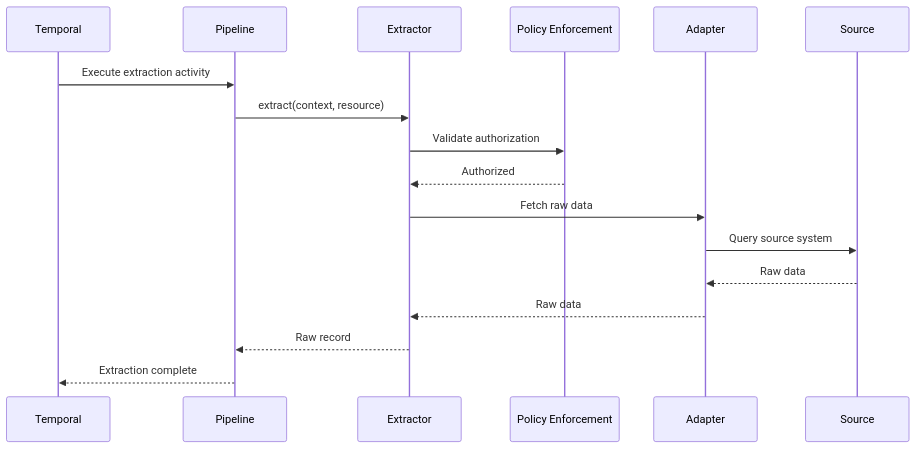
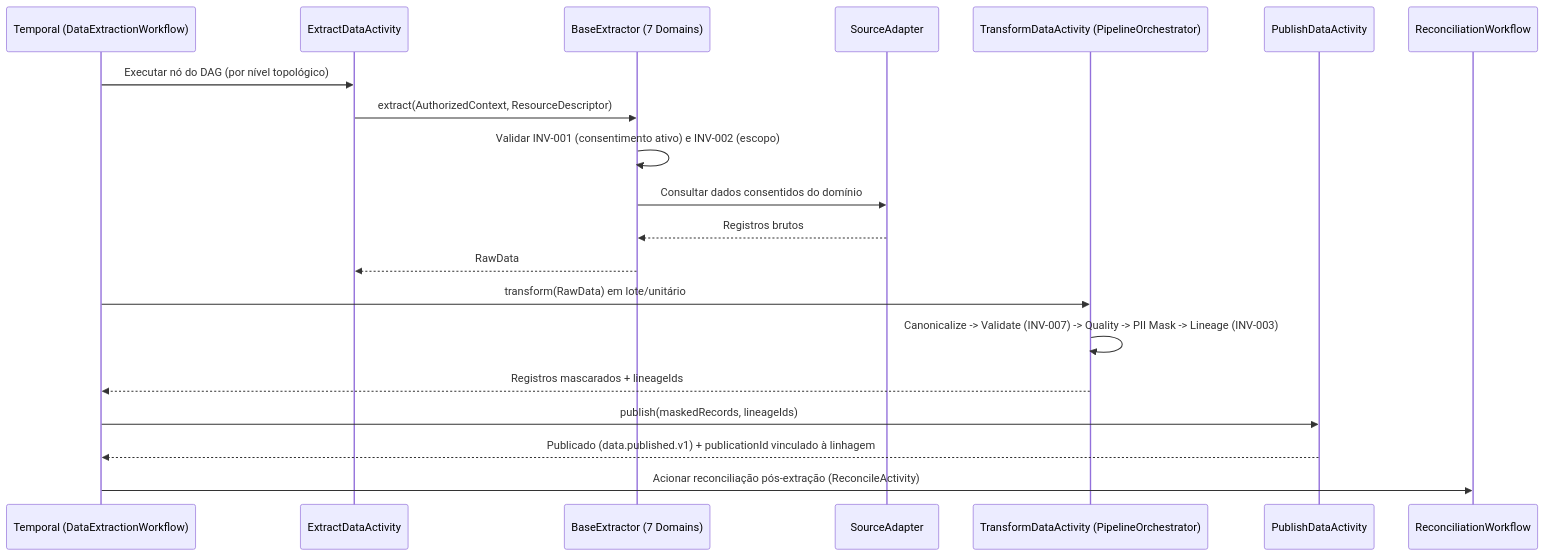
The diagram in architecture/diagrams/extraction-flow.mmd (aurix-core-banking/aurix-openfinance), drawn with Mermaid before and after one commit. The commit also changed 14 other files, not shown here.

Commit message:
feat(openfinance): granular sub-resources (saldos, parcelas_emprestimo, transacoes) and updated architecture diagrams (Closes #17, Closes #18) (#19)

```diff
--- a/architecture/diagrams/extraction-flow.mmd
+++ b/architecture/diagrams/extraction-flow.mmd
@@ -1,18 +1,21 @@
 sequenceDiagram
-    participant Temporal
-    participant Pipeline
-    participant Extractor
-    participant Policy as Policy Enforcement
-    participant Adapter
-    participant Source
+    participant Temporal as Temporal (DataExtractionWorkflow)
+    participant Extract as ExtractDataActivity
+    participant Extractor as BaseExtractor (7 Domains)
+    participant Adapter as SourceAdapter
+    participant Transform as TransformDataActivity (PipelineOrchestrator)
+    participant Publish as PublishDataActivity
+    participant Recon as ReconciliationWorkflow
 
-    Temporal->>Pipeline: Execute extraction activity
-    Pipeline->>Extractor: extract(context, resource)
-    Extractor->>Policy: Validate authorization
-    Policy-->>Extractor: Authorized
-    Extractor->>Adapter: Fetch raw data
-    Adapter->>Source: Query source system
-    Source-->>Adapter: Raw data
-    Adapter-->>Extractor: Raw data
-    Extractor-->>Pipeline: Raw record
-    Pipeline-->>Temporal: Extraction complete
+    Temporal->>Extract: Executar nó do DAG (por nível topológico)
+    Extract->>Extractor: extract(AuthorizedContext, ResourceDescriptor)
+    Extractor->>Extractor: Validar INV-001 (consentimento ativo) e INV-002 (escopo)
+    Extractor->>Adapter: Consultar dados consentidos do domínio
+    Adapter-->>Extractor: Registros brutos
+    Extractor-->>Extract: RawData
+    Temporal->>Transform: transform(RawData) em lote/unitário
+    Transform->>Transform: Canonicalize -> Validate (INV-007) -> Quality -> PII Mask -> Lineage (INV-003)
+    Transform-->>Temporal: Registros mascarados + lineageIds
+    Temporal->>Publish: publish(maskedRecords, lineageIds)
+    Publish-->>Temporal: Publicado (data.published.v1) + publicationId vinculado à linhagem
+    Temporal->>Recon: Acionar reconciliação pós-extração (ReconcileActivity)
```
